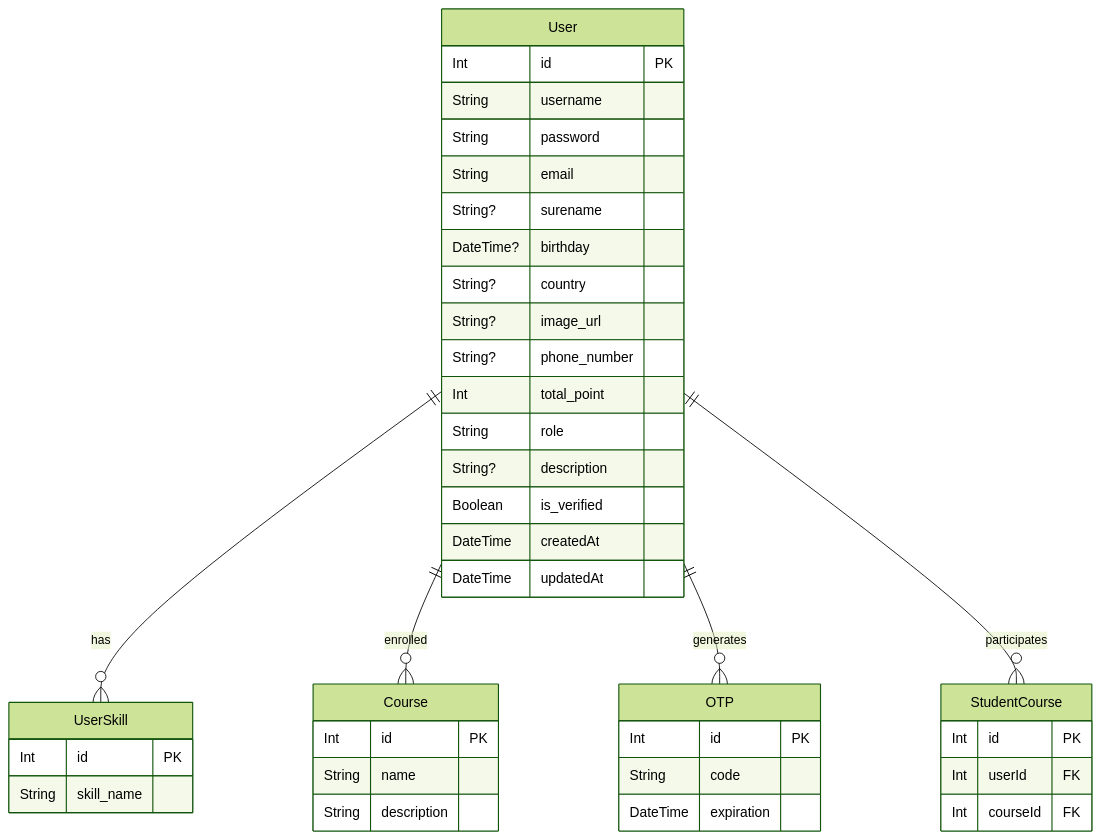
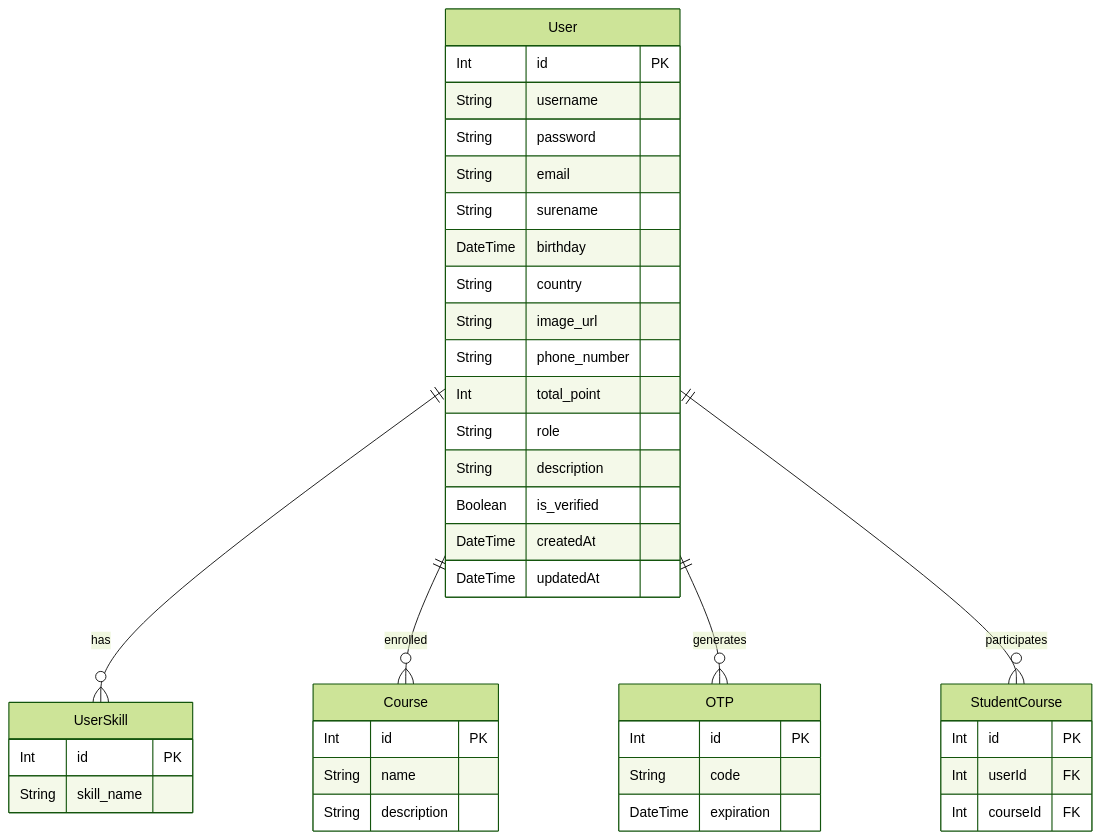
One commit to iqbalalayubbi/programming-course changed the diagram in README.md. Above: the diagram before and after it, drawn with Mermaid (forest theme).

Commit message:
fix: remove annotation '?' in mermaid docx

````diff
--- a/README.md
+++ b/README.md
@@ -109,48 +109,48 @@
 ```mermaid
 erDiagram
     User {
       Int id PK
       String username
       String password
       String email
-      String? surename
-      DateTime? birthday
-      String? country
-      String? image_url
-      String? phone_number
+      String surename
+      DateTime birthday
+      String country
+      String image_url
+      String phone_number
       Int total_point
       String role
-      String? description
+      String description
       Boolean is_verified
       DateTime createdAt
       DateTime updatedAt
     }
 
     User ||--o{ UserSkill : has
     User ||--o{ Course : enrolled
     User ||--o{ OTP : generates
     User ||--o{ StudentCourse : participates
 
     UserSkill {
       Int id PK
       String skill_name
     }
 
     Course {
       Int id PK
       String name
       String description
     }
 
     OTP {
       Int id PK
       String code
       DateTime expiration
     }
 
     StudentCourse {
       Int id PK
       Int userId FK
       Int courseId FK
     }
 ```
````
